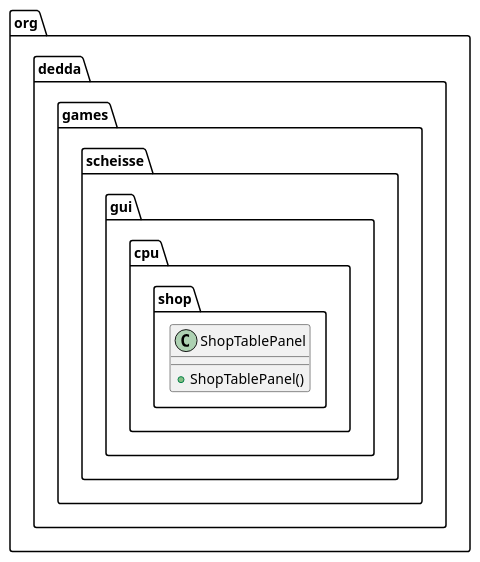
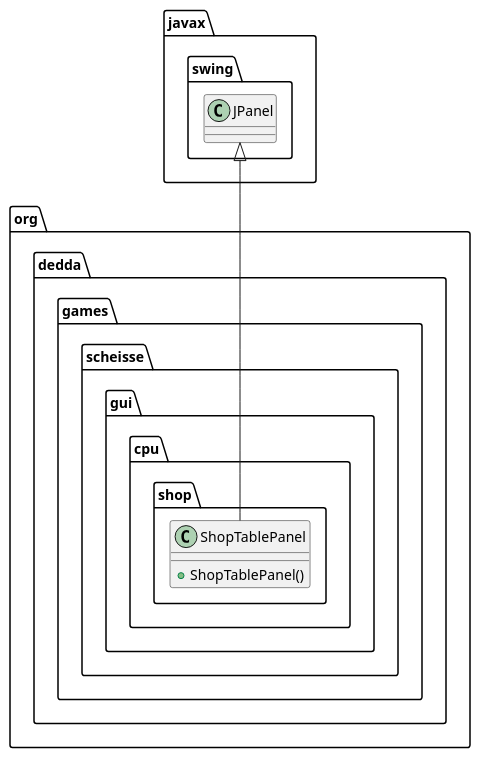
Before and after one commit to gitter-badger/scheisse: the diagram in uml/classes/org.dedda.games.scheisse.gui.cpu.shop.ShopTablePanel.puml, drawn with PlantUML. The commit also changed 16 other files, not shown here.

Commit message:
added more classes to uml and started to implement service client classes

```diff
--- a/uml/classes/org.dedda.games.scheisse.gui.cpu.shop.ShopTablePanel.puml
+++ b/uml/classes/org.dedda.games.scheisse.gui.cpu.shop.ShopTablePanel.puml
@@ -1,5 +1,9 @@
 @startuml
+class javax.swing.JPanel
+
 class org.dedda.games.scheisse.gui.cpu.shop.ShopTablePanel{
     + ShopTablePanel()
 }
+
+javax.swing.JPanel <|-- org.dedda.games.scheisse.gui.cpu.shop.ShopTablePanel
 @enduml
```
